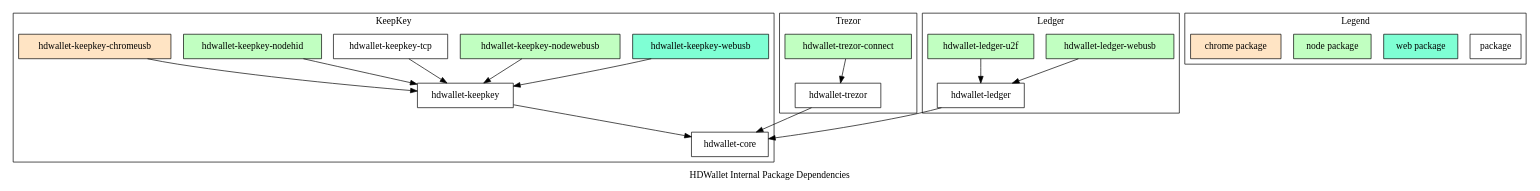
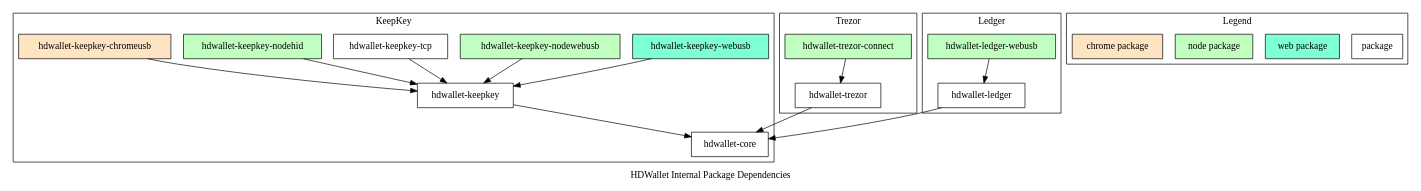
The diagram in docs/architecture.dot (shapeshift/hdwallet), drawn with Graphviz before and after one commit. The commit also changed 33 other files, not shown here.

```diff
--- a/docs/architecture.dot
+++ b/docs/architecture.dot
@@ -1,55 +1,52 @@
 digraph D {
   label = "HDWallet Internal Package Dependencies"
 
   hdwalletcore [label="hdwallet-core", shape=box]
 
   subgraph cluster_0 {
     label = "Legend"
 
     package [label="package", shape=box]
     webpackage [label="web package", shape=box, fillcolor="aquamarine", style=filled]
     nodepackage [label="node package", shape=box, fillcolor="darkseagreen1", style=filled]
     chromepackage [label="chrome package", shape=box, fillcolor="bisque", style=filled]
   }
 
   subgraph cluster_1 {
     label = "KeepKey"
 
     hdwalletkeepkey [label="hdwallet-keepkey", shape=box]
     hdwalletkeepkey -> hdwalletcore
 
     hdwalletkeepkeywebusb [label="hdwallet-keepkey-webusb", shape=box, fillcolor="aquamarine", style=filled]
     hdwalletkeepkeywebusb -> hdwalletkeepkey
     hdwalletkeepkeynodewebusb [label="hdwallet-keepkey-nodewebusb", shape=box, fillcolor="darkseagreen1", style=filled]
     hdwalletkeepkeynodewebusb -> hdwalletkeepkey
     hdwalletkeepkeytcp [label="hdwallet-keepkey-tcp", shape=box]
     hdwalletkeepkeytcp -> hdwalletkeepkey
     hdwalletkeepkeynodehid [label="hdwallet-keepkey-nodehid", shape=box, fillcolor="darkseagreen1", style=filled]
     hdwalletkeepkeynodehid -> hdwalletkeepkey
     hdwalletkeepkeychromeusb [label="hdwallet-keepkey-chromeusb", shape=box, fillcolor="bisque", style=filled]
     hdwalletkeepkeychromeusb -> hdwalletkeepkey
   }
 
   subgraph cluster_2 {
     label = "Trezor"
 
     hdwallettrezor [label="hdwallet-trezor", shape=box]
     hdwallettrezor -> hdwalletcore
 
     hdwallettrezorconnect [label="hdwallet-trezor-connect", shape=box, fillcolor="darkseagreen1", style=filled]
     hdwallettrezorconnect -> hdwallettrezor
   }
 
   subgraph cluster_3 {
     label = "Ledger"
 
     hdwalletledger [label="hdwallet-ledger", shape=box]
     hdwalletledger -> hdwalletcore
 
     hdwalletledgerwebusb [label="hdwallet-ledger-webusb", shape=box, fillcolor="darkseagreen1", style=filled]
     hdwalletledgerwebusb -> hdwalletledger
-
-    hdwalletledgeru2f [label="hdwallet-ledger-u2f", shape=box, fillcolor="darkseagreen1", style=filled]
-    hdwalletledgeru2f -> hdwalletledger
   }
 }
```
